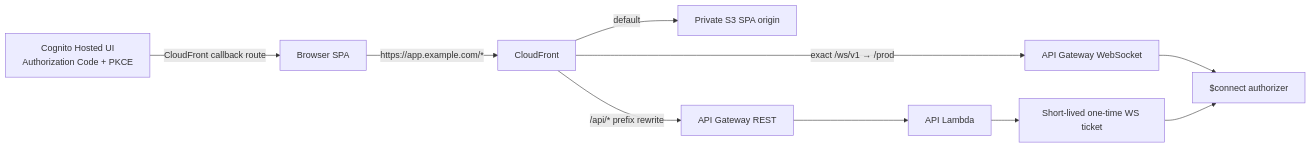
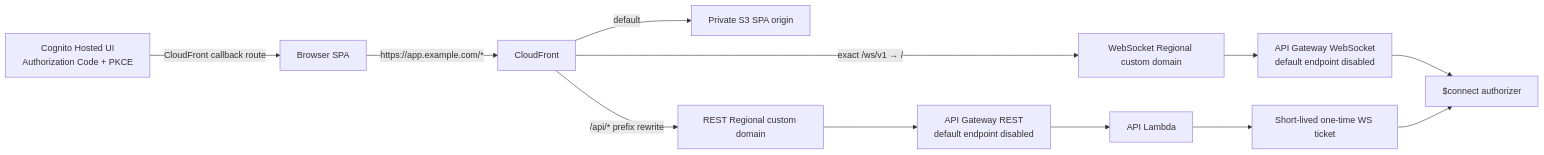
Before and after one commit to tsuji-tomonori/rag-assist: the diagram in docs/3_設計_DES/01_高レベル設計_HLD/DES_HLD_002.md, drawn with Mermaid. The commit also changed other lines of this file and 12 other files, not shown here.

````diff
--- a/docs/3_設計_DES/01_高レベル設計_HLD/DES_HLD_002.md
+++ b/docs/3_設計_DES/01_高レベル設計_HLD/DES_HLD_002.md
@@ -18,12 +18,14 @@
 ```mermaid
 flowchart LR
   Browser[Browser SPA] -->|https://app.example.com/*| CF[CloudFront]
   CF -->|default| S3[Private S3 SPA origin]
-  CF -->|/api/* prefix rewrite| REST[API Gateway REST]
-  CF -->|exact /ws/v1 → /prod| WS[API Gateway WebSocket]
+  CF -->|/api/* prefix rewrite| RESTDOMAIN[REST Regional custom domain]
+  CF -->|exact /ws/v1 → /| WSDOMAIN[WebSocket Regional custom domain]
+  RESTDOMAIN --> REST[API Gateway REST<br/>default endpoint disabled]
+  WSDOMAIN --> WS[API Gateway WebSocket<br/>default endpoint disabled]
   REST --> API[API Lambda]
   WS --> CONNECT[$connect authorizer]
   API --> Ticket[Short-lived one-time WS ticket]
   Ticket --> CONNECT
   Hosted[Cognito Hosted UI<br/>Authorization Code + PKCE] -->|CloudFront callback route| Browser
 ```
````
